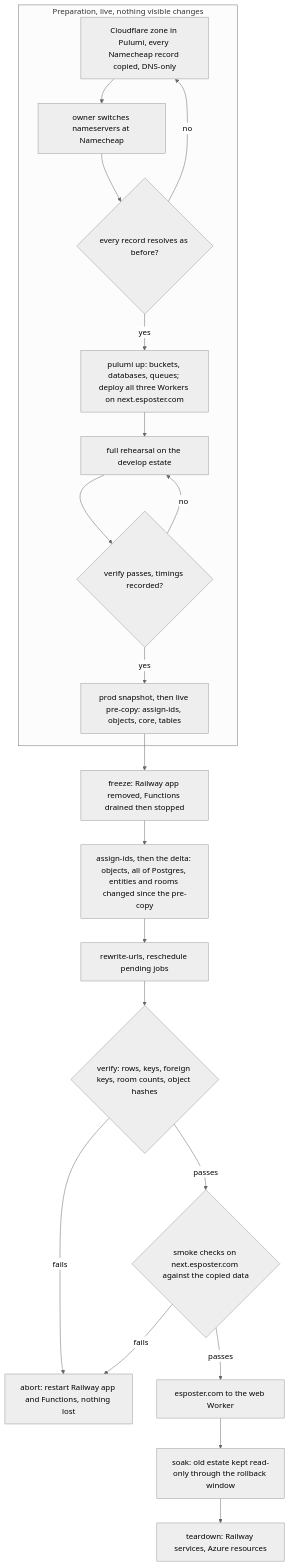
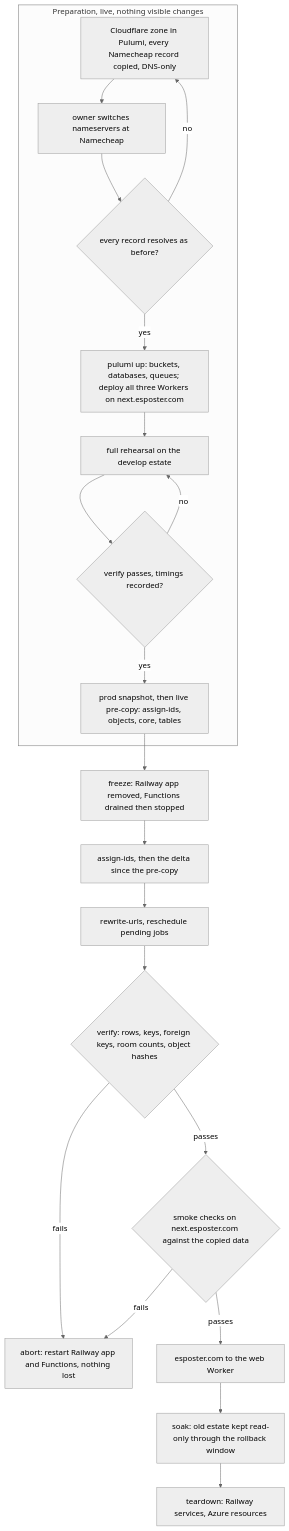
One commit to Esposter/Esposter changed the diagram in openspec/changes/infra-cloudflare-cutover/design.md. Above: the diagram before and after it, drawn with Mermaid (neutral theme). The commit also changed other lines of this file and 22 other files, not shown here.

First line of the commit message:
docs: the invariant suites' prose findings — stale names, dead citations, duplicate prose, a long diagram label and a dated sentence

````diff
--- a/openspec/changes/infra-cloudflare-cutover/design.md
+++ b/openspec/changes/infra-cloudflare-cutover/design.md
@@ -21,23 +21,23 @@
 ```mermaid
 flowchart TD
   subgraph PREP["Preparation, live, nothing visible changes"]
     Z["Cloudflare zone in Pulumi, every Namecheap record copied, DNS-only"] --> NS["owner switches nameservers at Namecheap"]
     NS --> NSV{"every record resolves as before?"}
     NSV -->|"no"| Z
     NSV -->|"yes"| RES["pulumi up: buckets, databases, queues; deploy all three Workers on next.esposter.com"]
     RES --> REH["full rehearsal on the develop estate"]
     REH --> REHV{"verify passes, timings recorded?"}
     REHV -->|"no"| REH
     REHV -->|"yes"| PRE["prod snapshot, then live pre-copy: assign-ids, objects, core, tables"]
   end
   PRE --> FREEZE["freeze: Railway app removed, Functions drained then stopped"]
-  FREEZE --> DELTA["assign-ids, then the delta: objects, all of Postgres, entities and rooms changed since the pre-copy"]
+  FREEZE --> DELTA["assign-ids, then the delta since the pre-copy"]
   DELTA --> RESCH["rewrite-urls, reschedule pending jobs"]
   RESCH --> V{"verify: rows, keys, foreign keys, room counts, object hashes"}
   V -->|"fails"| ABORT["abort: restart Railway app and Functions, nothing lost"]
   V -->|"passes"| SMOKE{"smoke checks on next.esposter.com against the copied data"}
   SMOKE -->|"fails"| ABORT
   SMOKE -->|"passes"| SWITCH["esposter.com to the web Worker"]
   SWITCH --> SOAK["soak: old estate kept read-only through the rollback window"]
   SOAK --> TEAR["teardown: Railway services, Azure resources"]
 ```
````
